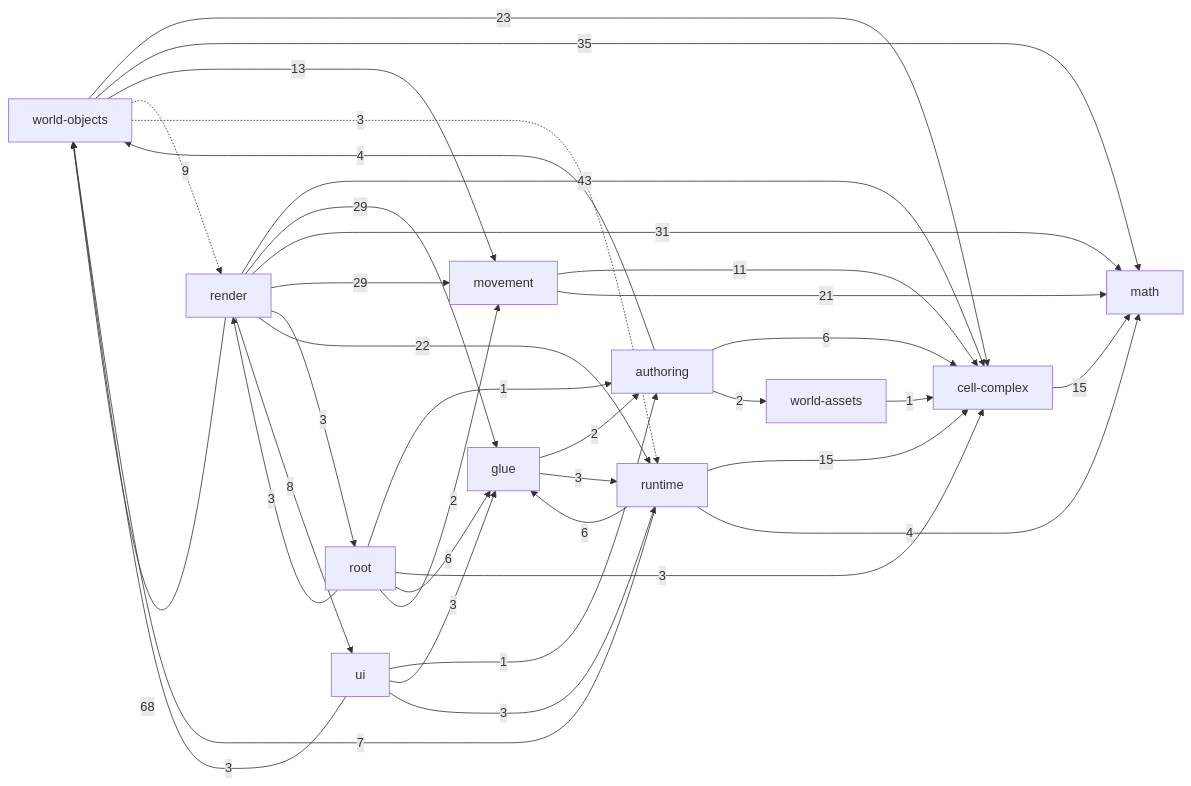
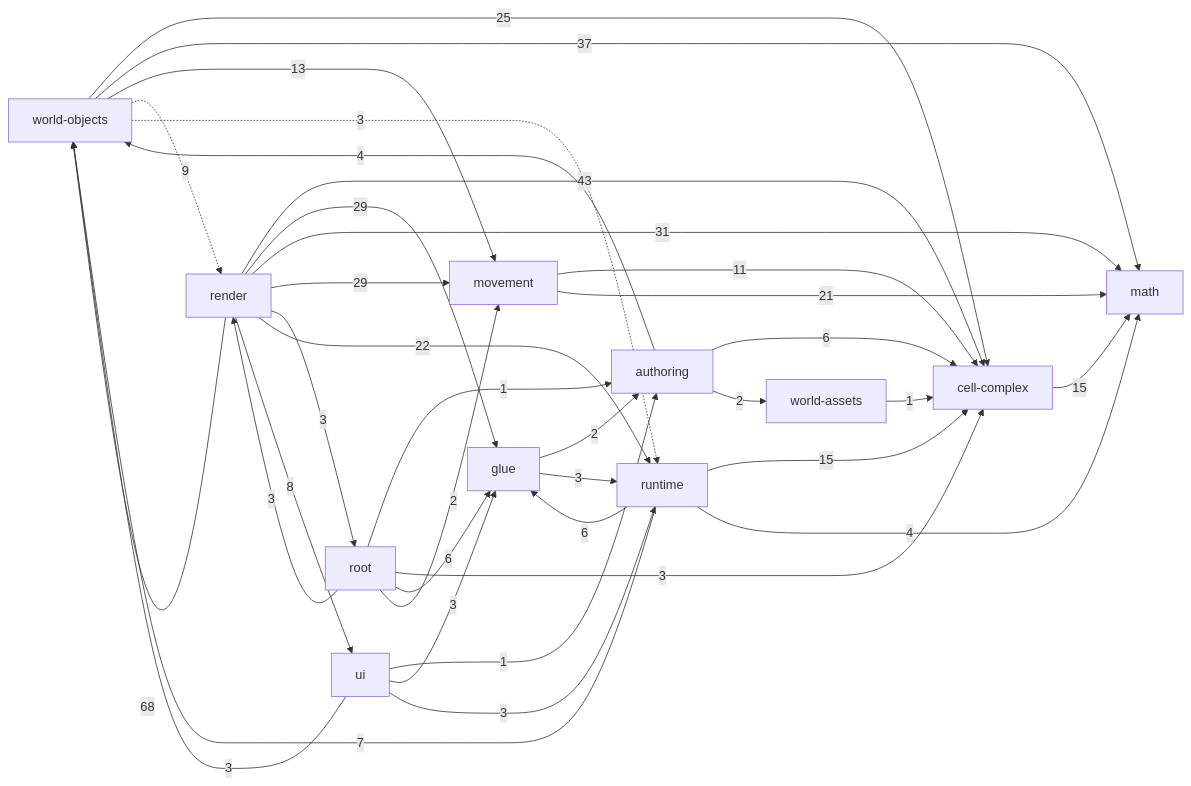
The diagram in _docs/generated/ARCHITECTURE_REFERENCE.md (guraltsev/noneuclid-fpv), drawn with Mermaid before and after one commit. The commit also changed other lines of this file and 9 other files, not shown here.

````diff
--- a/_docs/generated/ARCHITECTURE_REFERENCE.md
+++ b/_docs/generated/ARCHITECTURE_REFERENCE.md
@@ -32,49 +32,49 @@
 ```mermaid
 flowchart LR
   math["math"]
   cell_complex["cell-complex"]
   movement["movement"]
   world_assets["world-assets"]
   world_objects["world-objects"]
   authoring["authoring"]
   runtime["runtime"]
   ui["ui"]
   glue["glue"]
   render["render"]
   root["root"]
   authoring -->|6| cell_complex
   authoring -->|2| world_assets
   authoring -->|4| world_objects
   cell_complex -->|15| math
   glue -->|2| authoring
   glue -->|3| runtime
   movement -->|11| cell_complex
   movement -->|21| math
   render -->|43| cell_complex
   render -->|29| glue
   render -->|31| math
   render -->|29| movement
   render -->|3| root
   render -->|22| runtime
   render -->|8| ui
   render -->|68| world_objects
   root -->|1| authoring
   root -->|3| cell_complex
   root -->|6| glue
   root -->|2| movement
   root -->|3| render
   runtime -->|15| cell_complex
   runtime -->|6| glue
   runtime -->|4| math
   runtime -->|7| world_objects
   ui -->|1| authoring
   ui -->|3| glue
   ui -->|3| runtime
   ui -->|3| world_objects
   world_assets -->|1| cell_complex
-  world_objects -->|23| cell_complex
-  world_objects -->|35| math
+  world_objects -->|25| cell_complex
+  world_objects -->|37| math
   world_objects -->|13| movement
   world_objects -.->|9| render
   world_objects -.->|3| runtime
 ```
````
